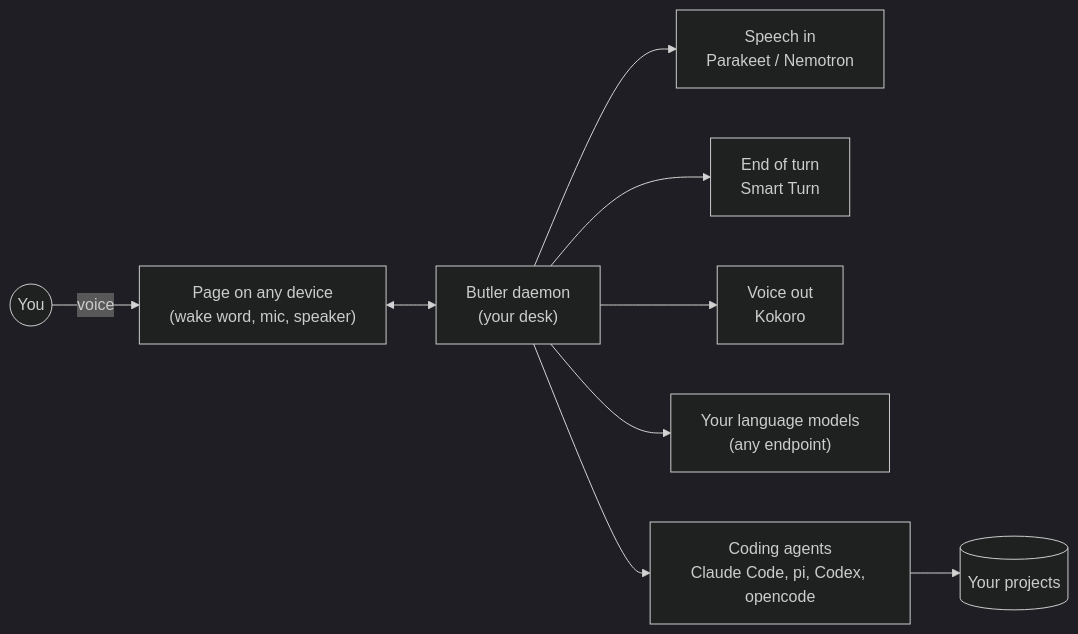
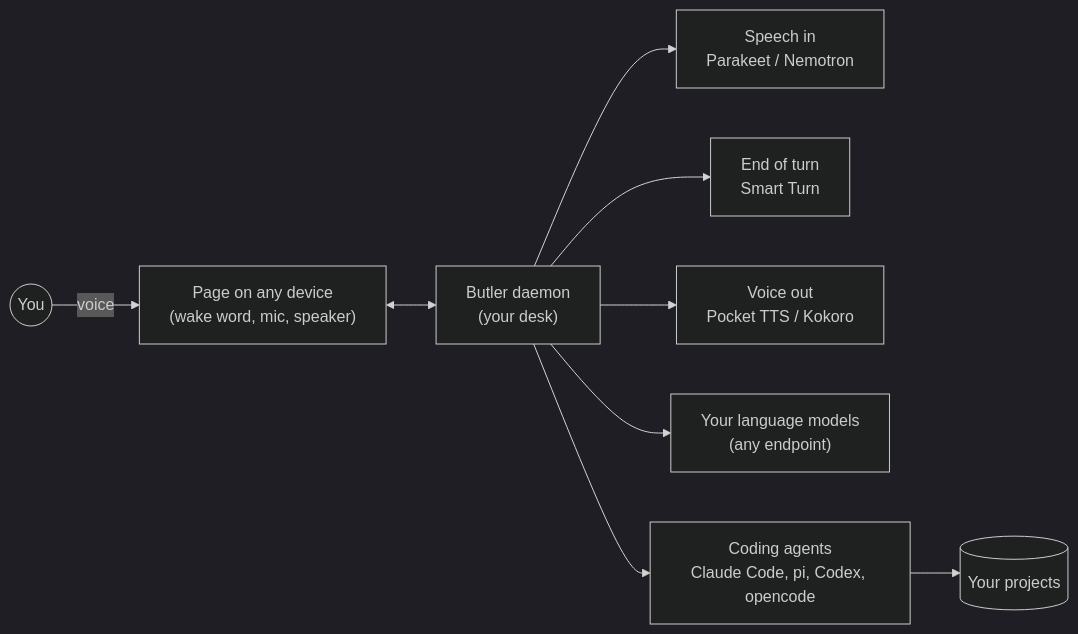
One commit to sermtech/butler changed the diagram in README.md. Above: the diagram before and after it, drawn with Mermaid (dark theme). The commit also changed 14 other files, not shown here.

````diff
--- a/README.md
+++ b/README.md
@@ -86,11 +86,11 @@
 ```mermaid
 flowchart LR
   you((You)) -- voice --> sat["Page on any device<br/>(wake word, mic, speaker)"]
   sat <--> d["Butler daemon<br/>(your desk)"]
   d --> asr["Speech in<br/>Parakeet / Nemotron"]
   d --> turn["End of turn<br/>Smart Turn"]
-  d --> tts["Voice out<br/>Kokoro"]
+  d --> tts["Voice out<br/>Pocket TTS / Kokoro"]
   d --> llm["Your language models<br/>(any endpoint)"]
   d --> agents["Coding agents<br/>Claude Code, pi, Codex, opencode"]
   agents --> repo[("Your projects")]
 ```
````
